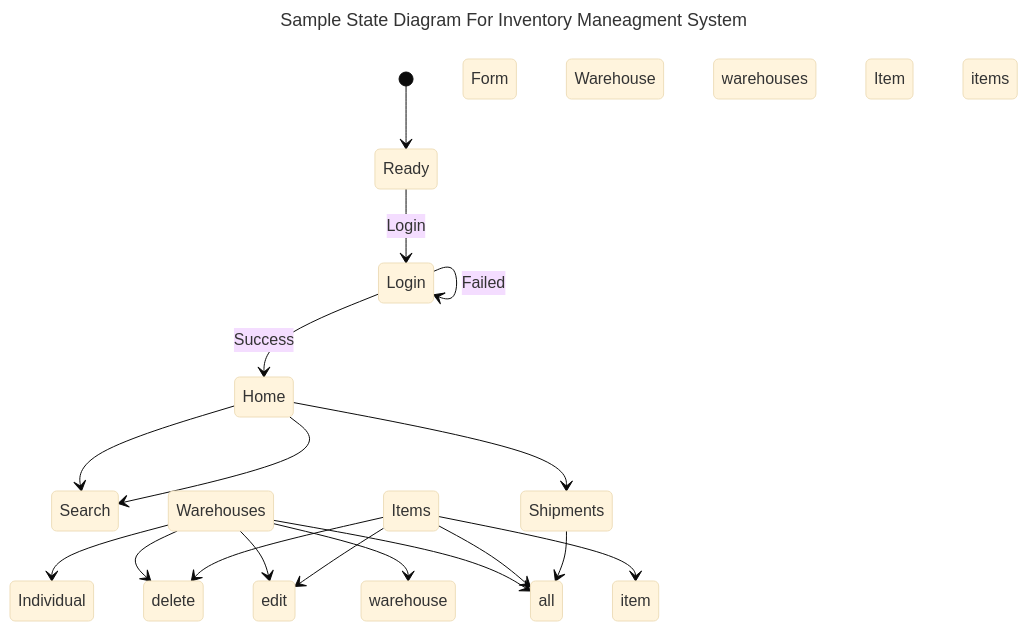
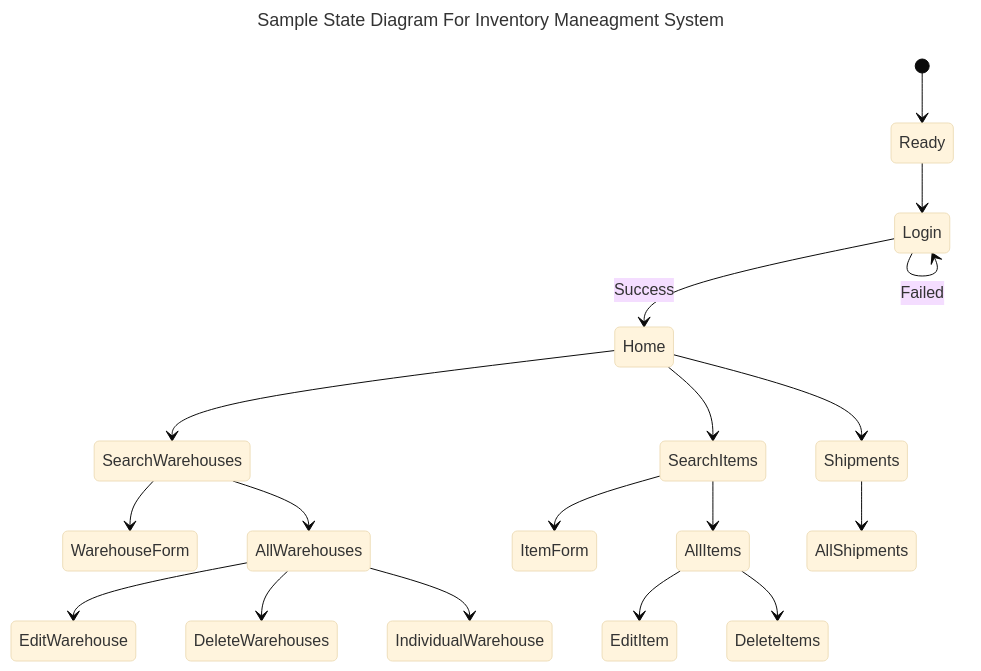
One commit to vincent-li-1/StockSync changed the fifth of 6 diagrams in requirements_specifications.md. Above: the diagram before and after it, drawn with Mermaid (base theme).

````diff
--- a/requirements_specifications.md
+++ b/requirements_specifications.md
@@ -286,25 +286,25 @@
 ```mermaid
 ---
 title: Sample State Diagram For Inventory Maneagment System
 ---
 stateDiagram
     [*] --> Ready
-    Ready --> Login : Login
+    Ready --> Login
     Login --> Home : Success
     Login --> Login : Failed
-    Home --> Search Warehouses 
-    Search Warehouses --> warehouse Form
-    Search Warehouses --> all Warehouses
-    all Warehouses --> edit Warehouse
-    all Warehouses --> delete warehouses
-    all Warehouses --> Individual Warehouse
-    Home --> Search Items
-    Search Items--> item Form
-    Search Items--> all Items
-    all Items --> edit Item
-    all Items -->delete items
+    Home --> SearchWarehouses
+    SearchWarehouses --> WarehouseForm
+    SearchWarehouses --> AllWarehouses
+    AllWarehouses --> EditWarehouse
+    AllWarehouses --> DeleteWarehouses
+    AllWarehouses --> IndividualWarehouse
+    Home --> SearchItems
+    SearchItems --> ItemForm
+    SearchItems --> AllItems
+    AllItems --> EditItem
+    AllItems --> DeleteItems
     Home --> Shipments
-    Shipments --> all Shipments
+    Shipments --> AllShipments
 
     
 ```
````
